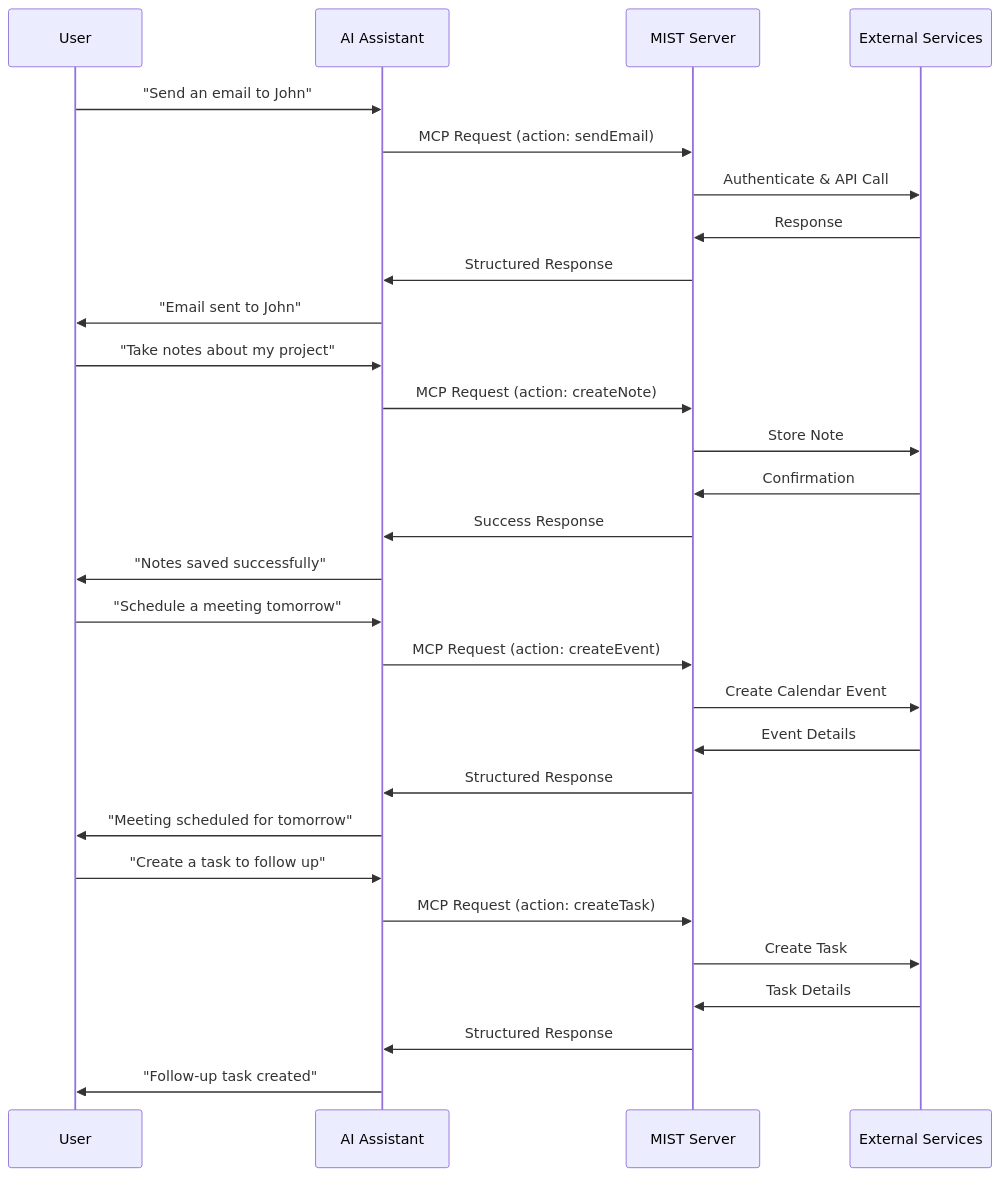
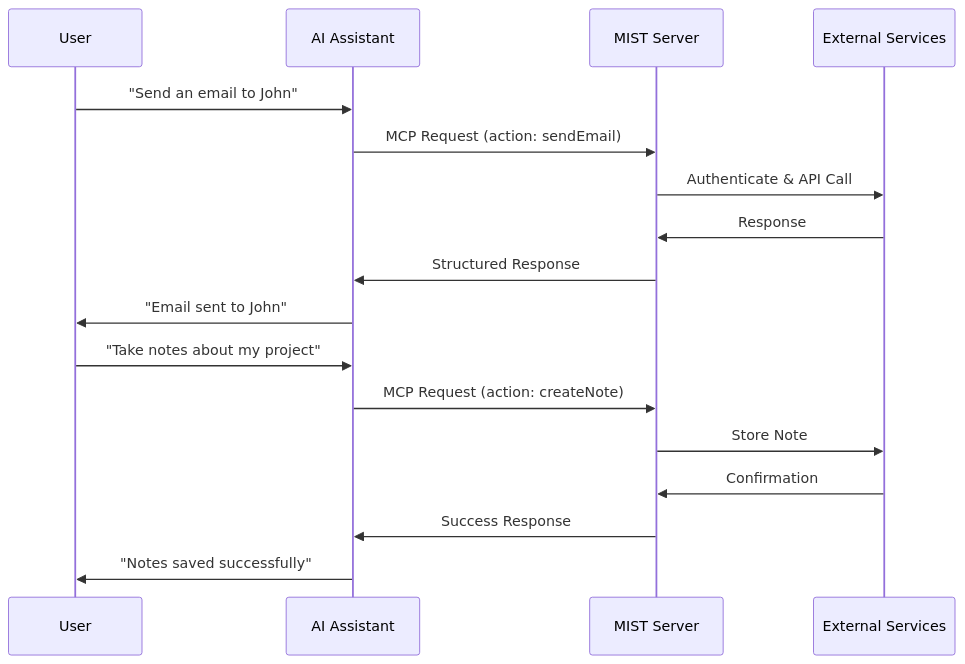
The second of 3 diagrams in README.md (CLoaKY233/MIST), drawn with Mermaid before and after one commit. The commit also changed other lines of this file and 15 other files, not shown here.

````diff
--- a/README.md
+++ b/README.md
@@ -93,35 +90,21 @@
 ```mermaid
 sequenceDiagram
     participant User
     participant AI as AI Assistant
     participant MIST as MIST Server
     participant Services as External Services
 
     User->>AI: "Send an email to John"
     AI->>MIST: MCP Request (action: sendEmail)
     MIST->>Services: Authenticate & API Call
     Services->>MIST: Response
     MIST->>AI: Structured Response
     AI->>User: "Email sent to John"
 
     User->>AI: "Take notes about my project"
     AI->>MIST: MCP Request (action: createNote)
     MIST->>Services: Store Note
     Services->>MIST: Confirmation
     MIST->>AI: Success Response
     AI->>User: "Notes saved successfully"
-    
-    User->>AI: "Schedule a meeting tomorrow"
-    AI->>MIST: MCP Request (action: createEvent)
-    MIST->>Services: Create Calendar Event
-    Services->>MIST: Event Details
-    MIST->>AI: Structured Response
-    AI->>User: "Meeting scheduled for tomorrow"
-    
-    User->>AI: "Create a task to follow up"
-    AI->>MIST: MCP Request (action: createTask)
-    MIST->>Services: Create Task
-    Services->>MIST: Task Details
-    MIST->>AI: Structured Response
-    AI->>User: "Follow-up task created"
 ```
````
